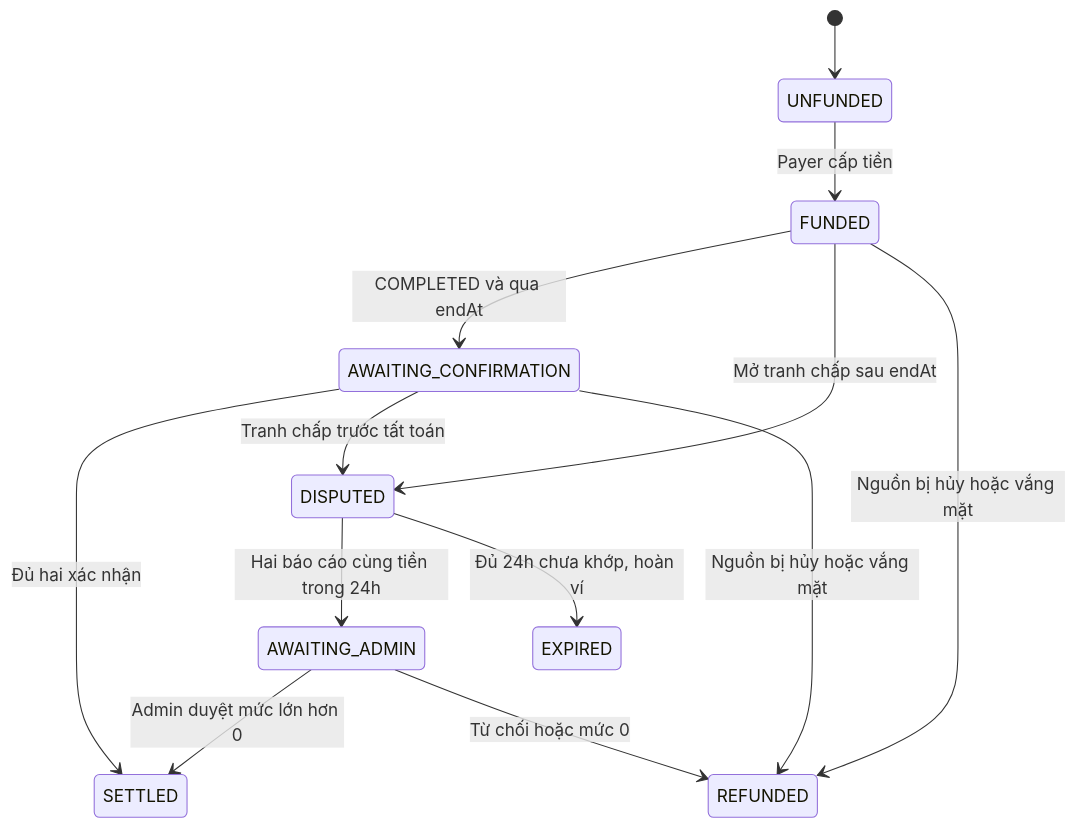
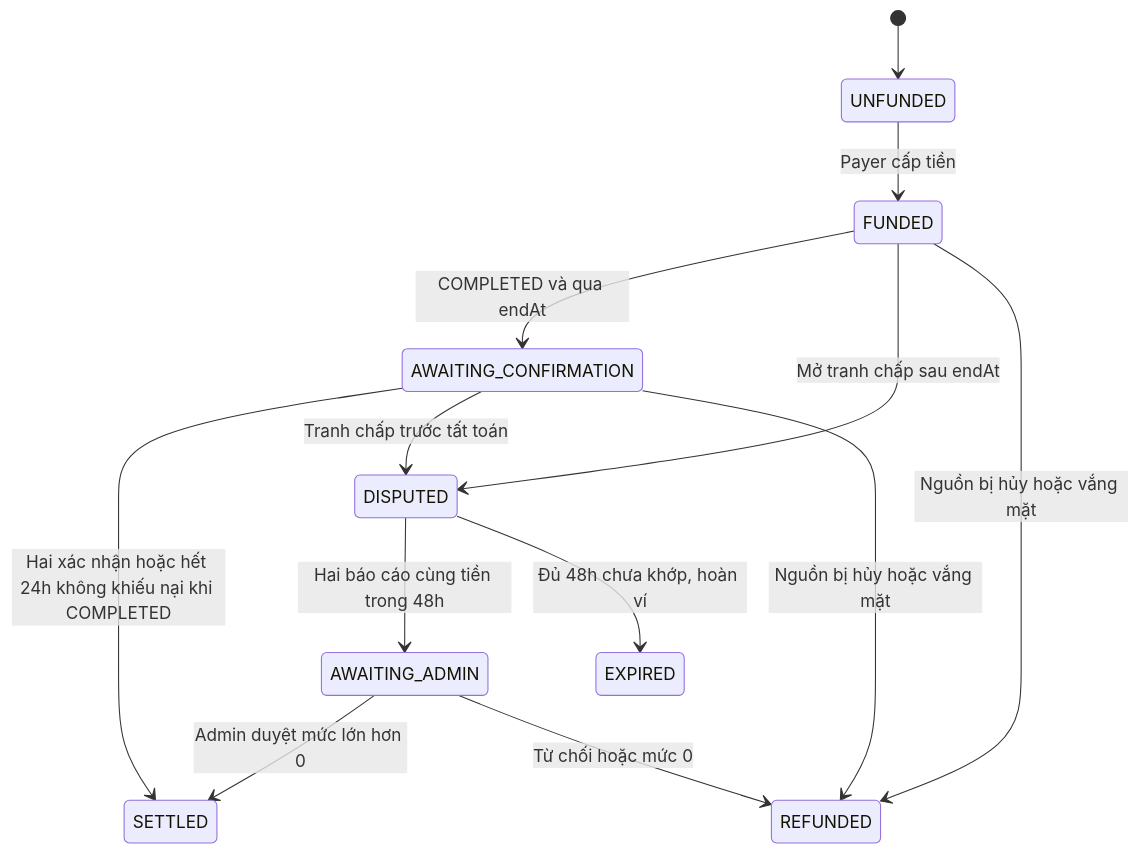
The first of 6 diagrams in docs/payment/payment_implementation_plan.md (dvtrug/EduFit), drawn with Mermaid before and after one commit. The commit also changed other lines of this file and 17 other files, not shown here.

````diff
--- a/docs/payment/payment_implementation_plan.md
+++ b/docs/payment/payment_implementation_plan.md
@@ -84,15 +86,15 @@
 ```mermaid
 stateDiagram-v2
     [*] --> UNFUNDED
     UNFUNDED --> FUNDED: Payer cấp tiền
     FUNDED --> AWAITING_CONFIRMATION: COMPLETED và qua endAt
-    AWAITING_CONFIRMATION --> SETTLED: Đủ hai xác nhận
+    AWAITING_CONFIRMATION --> SETTLED: Hai xác nhận hoặc hết 24h không khiếu nại khi COMPLETED
     FUNDED --> DISPUTED: Mở tranh chấp sau endAt
     AWAITING_CONFIRMATION --> DISPUTED: Tranh chấp trước tất toán
-    DISPUTED --> AWAITING_ADMIN: Hai báo cáo cùng tiền trong 24h
-    DISPUTED --> EXPIRED: Đủ 24h chưa khớp, hoàn ví
+    DISPUTED --> AWAITING_ADMIN: Hai báo cáo cùng tiền trong 48h
+    DISPUTED --> EXPIRED: Đủ 48h chưa khớp, hoàn ví
     AWAITING_ADMIN --> SETTLED: Admin duyệt mức lớn hơn 0
     AWAITING_ADMIN --> REFUNDED: Từ chối hoặc mức 0
     FUNDED --> REFUNDED: Nguồn bị hủy hoặc vắng mặt
     AWAITING_CONFIRMATION --> REFUNDED: Nguồn bị hủy hoặc vắng mặt
 ```
````
